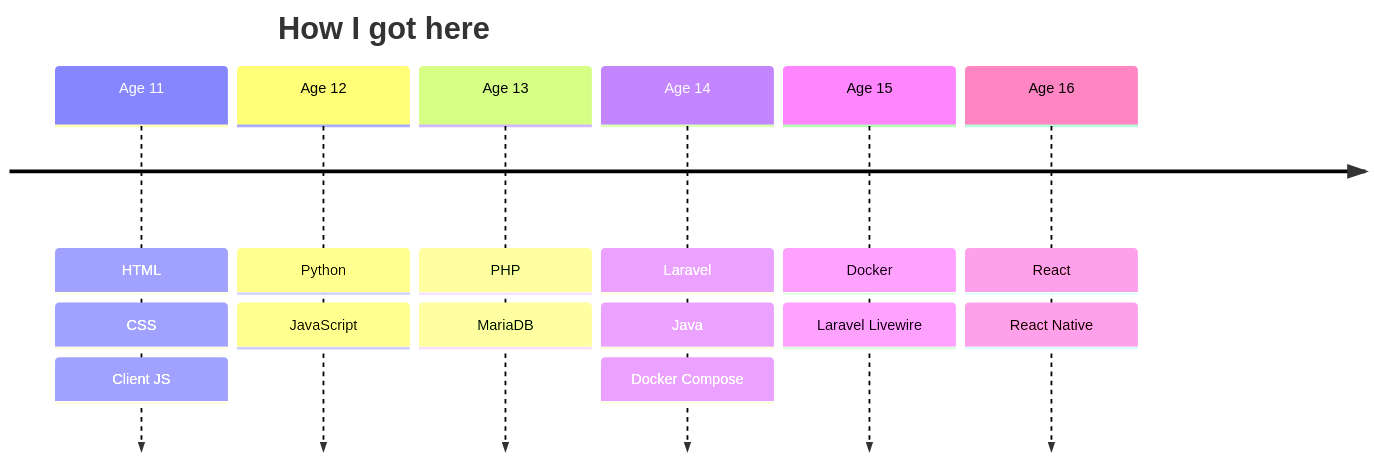
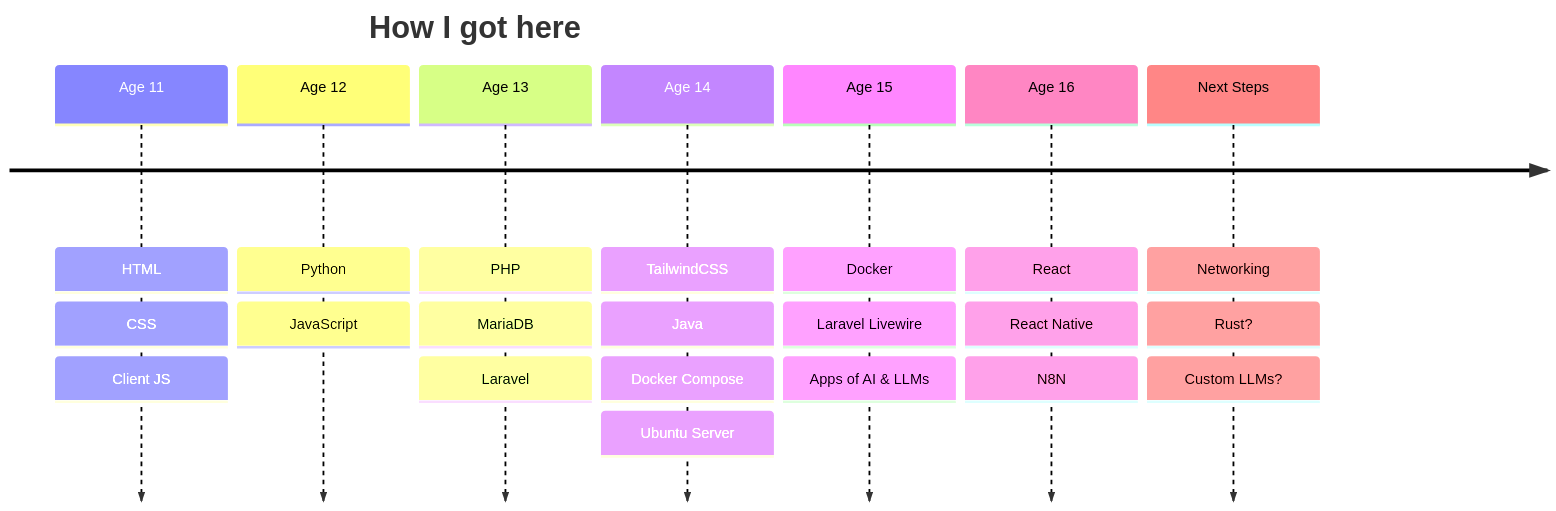
The diagram in README.md (Jimster4312/Jimster4312), drawn with Mermaid before and after one commit.

````diff
--- a/README.md
+++ b/README.md
@@ -46,18 +46,25 @@
 ```mermaid
 timeline
 title How I got here
 Age 11 : HTML
 : CSS
 : Client JS
 Age 12 : Python
 : JavaScript
 Age 13 : PHP
 : MariaDB
-Age 14 : Laravel
+: Laravel
+Age 14 : TailwindCSS
 : Java
 : Docker Compose
+: Ubuntu Server
 Age 15 : Docker
 : Laravel Livewire
+: Apps of AI & LLMs
 Age 16 : React
 : React Native
+: N8N
+Next Steps : Networking
+: Rust?
+: Custom LLMs?
 ```
````
